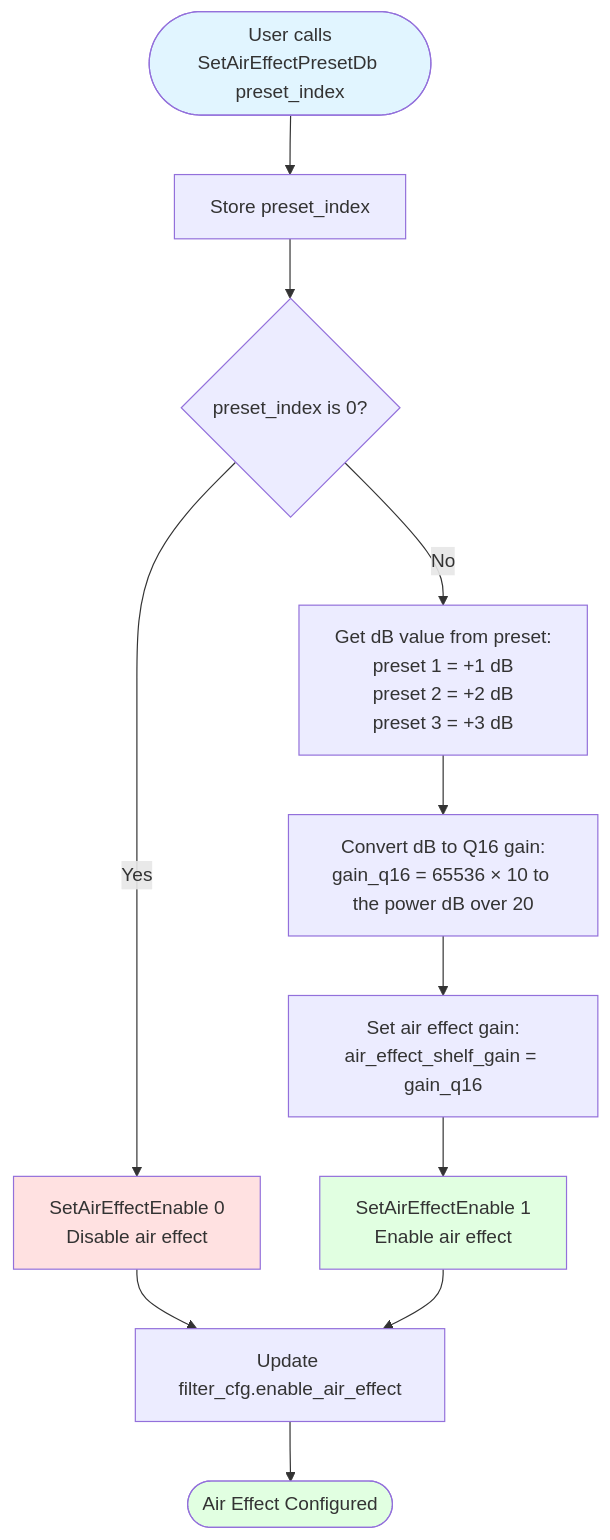
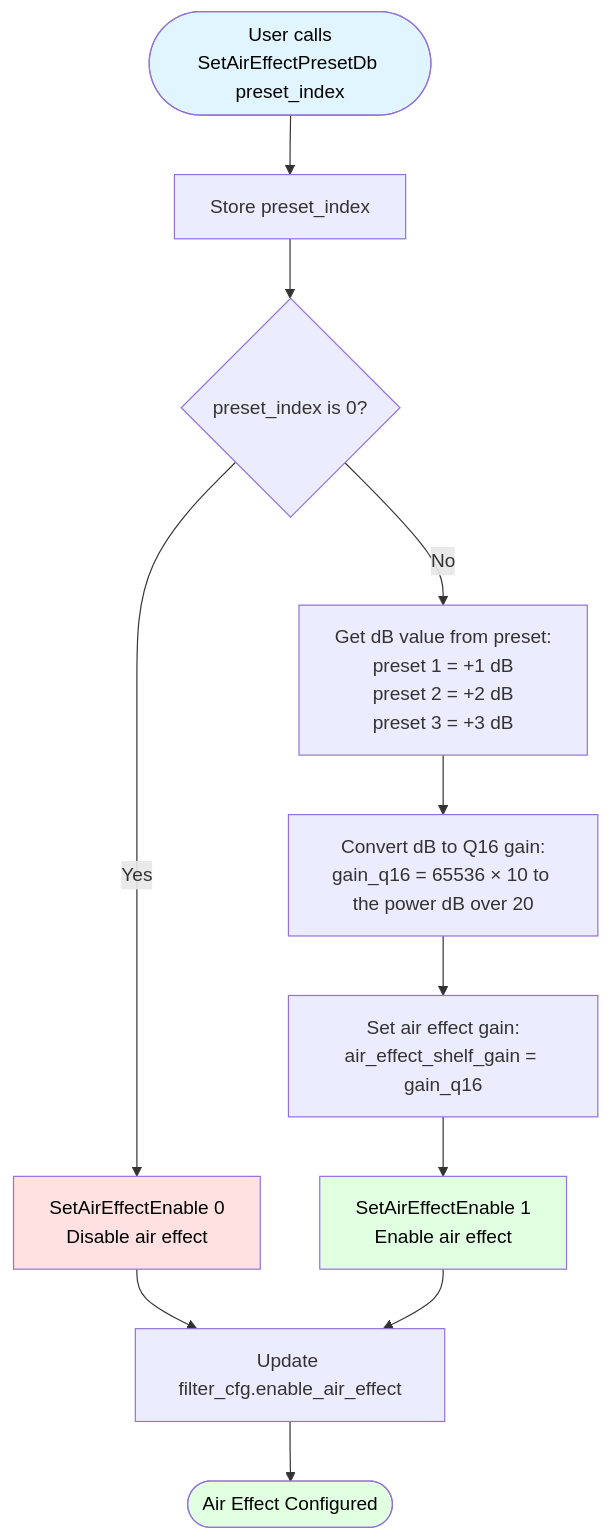
The ninth of 10 diagrams in Application/CR2-VSCode/Docs/AUDIO_ENGINE_FLOWCHART.md (JennyDigital/Doorchime-CR2-VSCode), drawn with Mermaid before and after one commit. The commit also changed other lines of this file, not shown here.

Commit message:
Improved contrast in the flowcharts.

````diff
--- a/Application/CR2-VSCode/Docs/AUDIO_ENGINE_FLOWCHART.md
+++ b/Application/CR2-VSCode/Docs/AUDIO_ENGINE_FLOWCHART.md
@@ -335,25 +335,25 @@
 ```mermaid
 flowchart TD
     UserCall([User calls<br/>SetAirEffectPresetDb preset_index]) --> StoreIndex["Store preset_index"]
     
     StoreIndex --> CheckIndex{preset_index is 0?}
     
     CheckIndex -->|Yes| DisableAir["SetAirEffectEnable 0<br/>Disable air effect"]
     CheckIndex -->|No| GetPresetDB["Get dB value from preset:<br/>preset 1 = +1 dB<br/>preset 2 = +2 dB<br/>preset 3 = +3 dB"]
     
     GetPresetDB --> ConvertDB["Convert dB to Q16 gain:<br/>gain_q16 = 65536 × 10 to the power dB over 20"]
     
     ConvertDB --> SetGain["Set air effect gain:<br/>air_effect_shelf_gain = gain_q16"]
     
     SetGain --> EnableAir["SetAirEffectEnable 1<br/>Enable air effect"]
     
     DisableAir --> UpdateConfig["Update filter_cfg.enable_air_effect"]
     EnableAir --> UpdateConfig
     
     UpdateConfig --> Done([Air Effect Configured])
 
-    style UserCall fill:#e1f5ff
-    style EnableAir fill:#e1ffe1
-    style DisableAir fill:#ffe1e1
-    style Done fill:#e1ffe1
+    style UserCall fill:#e1f5ff,color:#000000
+    style EnableAir fill:#e1ffe1,color:#000000
+    style DisableAir fill:#ffe1e1,color:#000000
+    style Done fill:#e1ffe1,color:#000000
 ```
````
